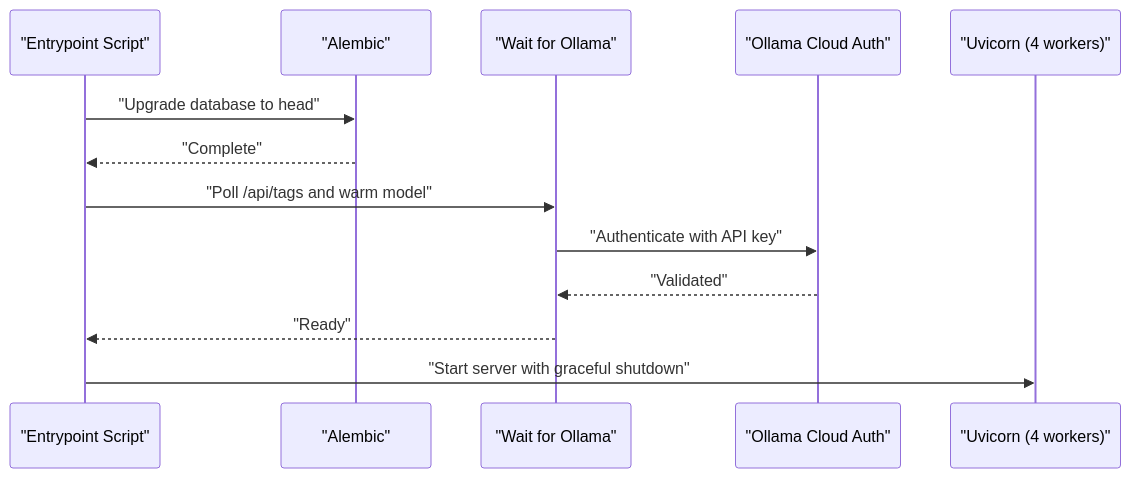
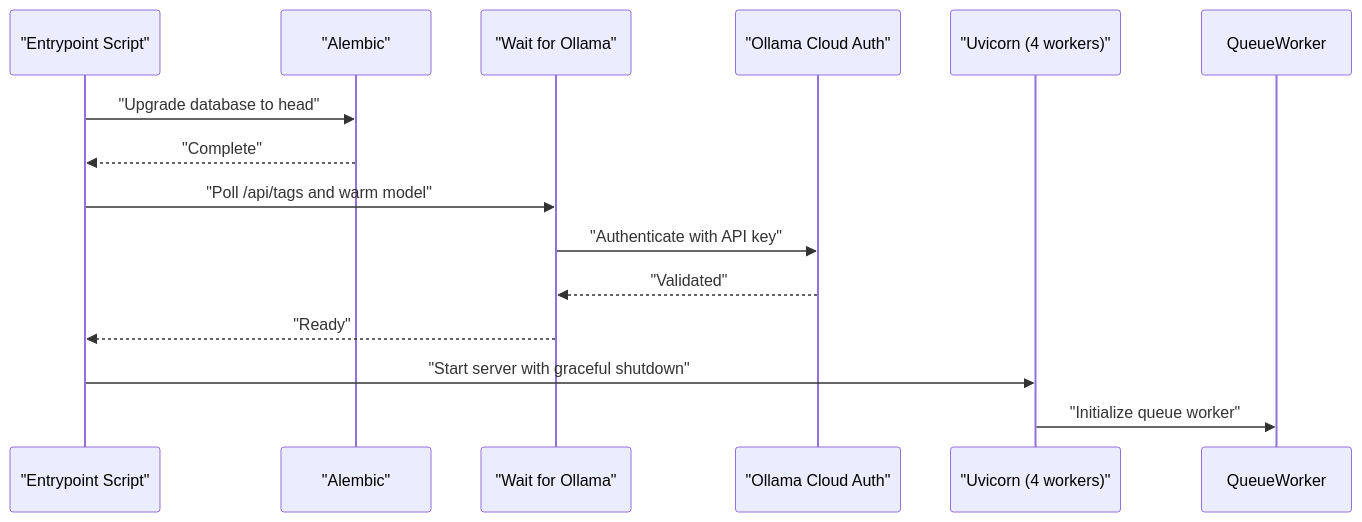
One commit to Revanththetalogics/aireume changed the fourth of 12 diagrams in .qoder/repowiki/en/content/Deployment & DevOps/Deployment & DevOps.md. Above: the diagram before and after it, drawn with Mermaid. The commit also changed other lines of this file and 20 other files, not shown here.

````diff
--- a/.qoder/repowiki/en/content/Deployment & DevOps/Deployment & DevOps.md
+++ b/.qoder/repowiki/en/content/Deployment & DevOps/Deployment & DevOps.md
@@ -195,15 +226,16 @@
 ```mermaid
 sequenceDiagram
 participant Entrypoint as "Entrypoint Script"
 participant Alembic as "Alembic"
 participant Wait as "Wait for Ollama"
 participant OllamaAuth as "Ollama Cloud Auth"
 participant Uvicorn as "Uvicorn (4 workers)"
 Entrypoint->>Alembic : "Upgrade database to head"
 Alembic-->>Entrypoint : "Complete"
 Entrypoint->>Wait : "Poll /api/tags and warm model"
 Wait->>OllamaAuth : "Authenticate with API key"
 OllamaAuth-->>Wait : "Validated"
 Wait-->>Entrypoint : "Ready"
 Entrypoint->>Uvicorn : "Start server with graceful shutdown"
+Uvicorn->>QueueWorker : "Initialize queue worker"
 ```
````
